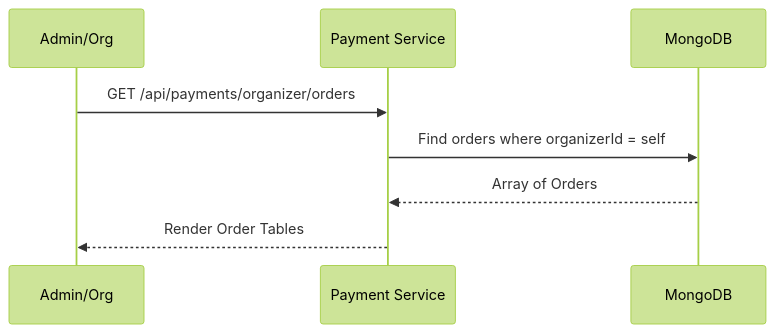
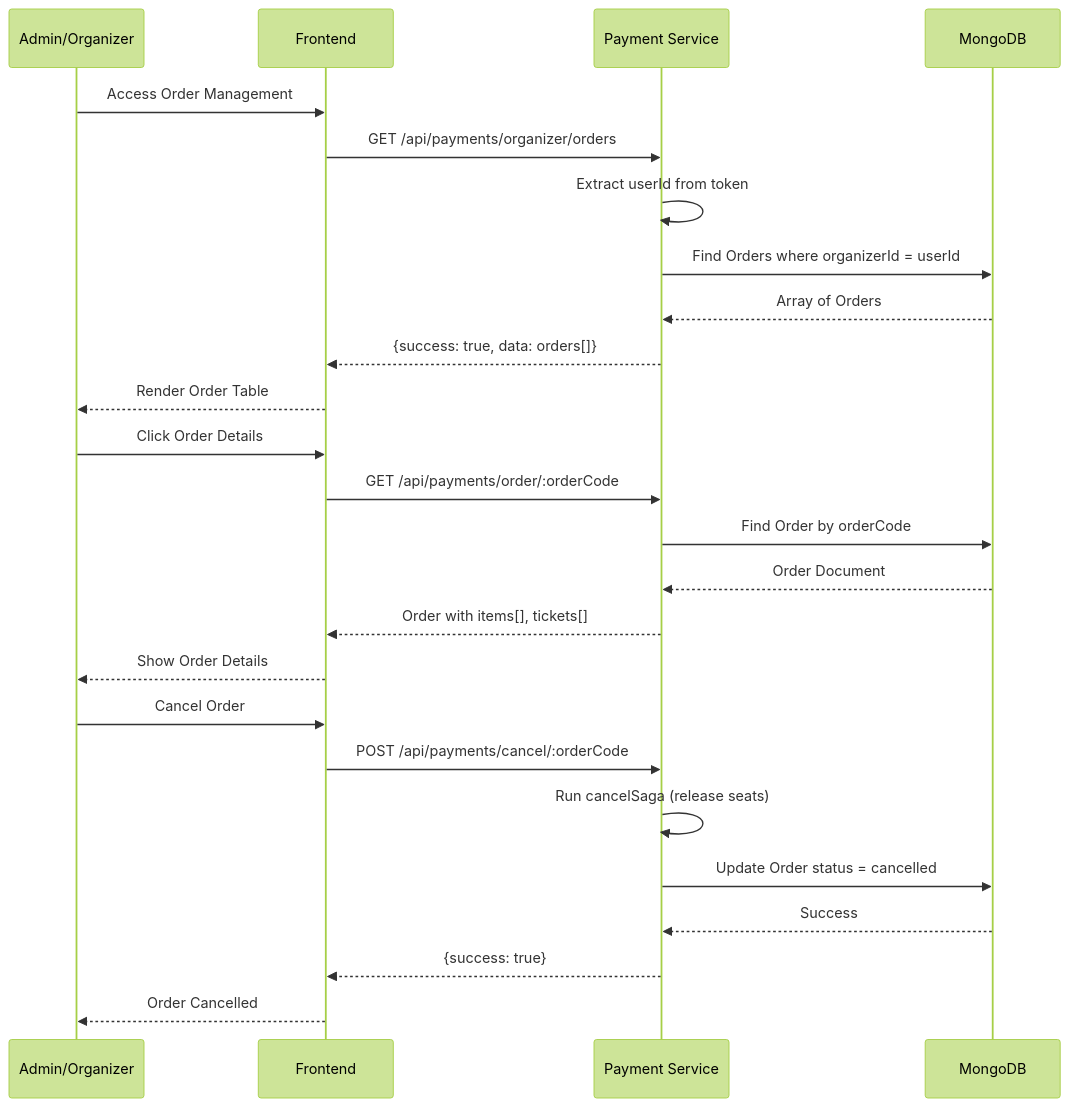
Before and after one commit to SDN-Group5/Event-Ticketing-Platform: diagram 12 of 52 in doc/UML/Phuc_AdminAnalytics.md, drawn with Mermaid (forest theme). The commit also changed other lines of this file and 3 other files, not shown here.

````diff
--- a/doc/UML/Phuc_AdminAnalytics.md
+++ b/doc/UML/Phuc_AdminAnalytics.md
@@ -114,10 +277,30 @@
 ```mermaid
 sequenceDiagram
-    participant A as Admin/Org
-    participant P as Payment Service
+    participant A as Admin/Organizer
+    participant FE as Frontend
+    participant PS as Payment Service
     participant DB as MongoDB
-    A->>P: GET /api/payments/organizer/orders
-    P->>DB: Find orders where organizerId = self
-    DB-->>P: Array of Orders
-    P-->>A: Render Order Tables
+    
+    A->>FE: Access Order Management
+    FE->>PS: GET /api/payments/organizer/orders
+    PS->>PS: Extract userId from token
+    PS->>DB: Find Orders where organizerId = userId
+    DB-->>PS: Array of Orders
+    PS-->>FE: {success: true, data: orders[]}
+    FE-->>A: Render Order Table
+    
+    A->>FE: Click Order Details
+    FE->>PS: GET /api/payments/order/:orderCode
+    PS->>DB: Find Order by orderCode
+    DB-->>PS: Order Document
+    PS-->>FE: Order with items[], tickets[]
+    FE-->>A: Show Order Details
+    
+    A->>FE: Cancel Order
+    FE->>PS: POST /api/payments/cancel/:orderCode
+    PS->>PS: Run cancelSaga (release seats)
+    PS->>DB: Update Order status = cancelled
+    DB-->>PS: Success
+    PS-->>FE: {success: true}
+    FE-->>A: Order Cancelled
 ```
````
